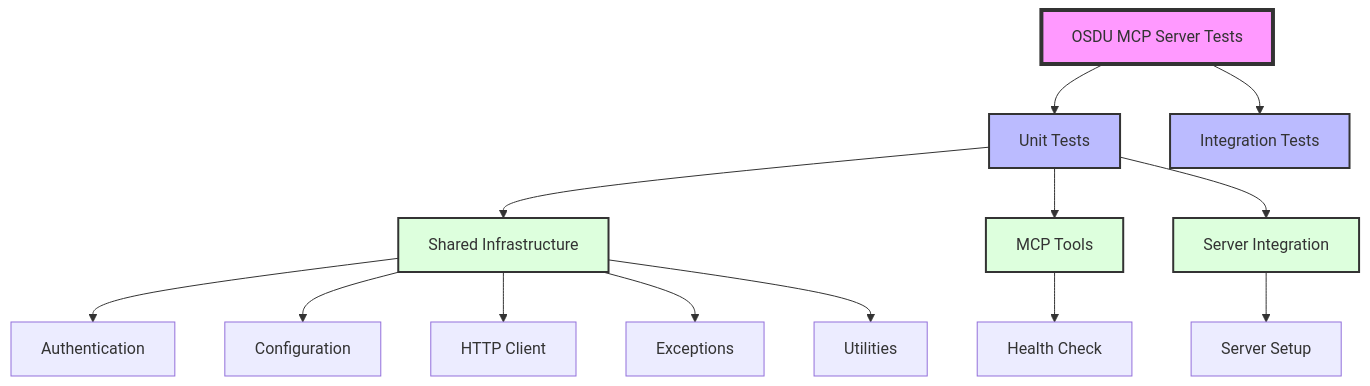
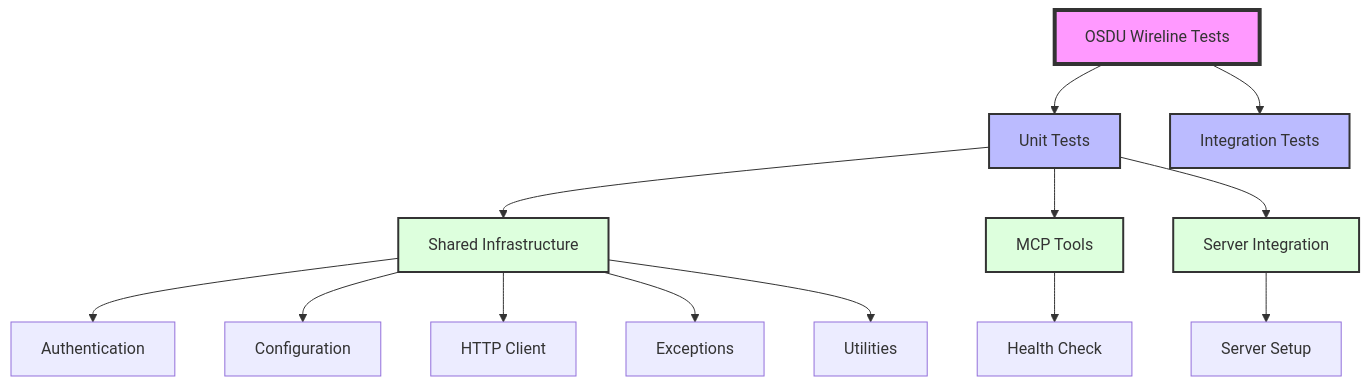
Before and after one commit to dan-costello/osdu-wireline: the first of 3 diagrams in tests/README.md, drawn with Mermaid. The commit also changed other lines of this file and 134 other files, not shown here.

````diff
--- a/tests/README.md
+++ b/tests/README.md
@@ -18,26 +18,26 @@
 ```mermaid
 graph TD
-    A[OSDU MCP Server Tests] --> B[Unit Tests]
+    A[OSDU Wireline Tests] --> B[Unit Tests]
     A --> C[Integration Tests]
     
     B --> D[Shared Infrastructure]
     B --> E[MCP Tools]
     B --> F[Server Integration]
     
     D --> G[Authentication]
     D --> H[Configuration]
     D --> I[HTTP Client]
     D --> J[Exceptions]
     D --> K[Utilities]
     
     E --> L[Health Check]
     
     F --> M[Server Setup]
     
     style A fill:#f9f,stroke:#333,stroke-width:4px
     style B fill:#bbf,stroke:#333,stroke-width:2px
     style C fill:#bbf,stroke:#333,stroke-width:2px
     style D fill:#dfd,stroke:#333,stroke-width:2px
     style E fill:#dfd,stroke:#333,stroke-width:2px
     style F fill:#dfd,stroke:#333,stroke-width:2px
 ```
````
